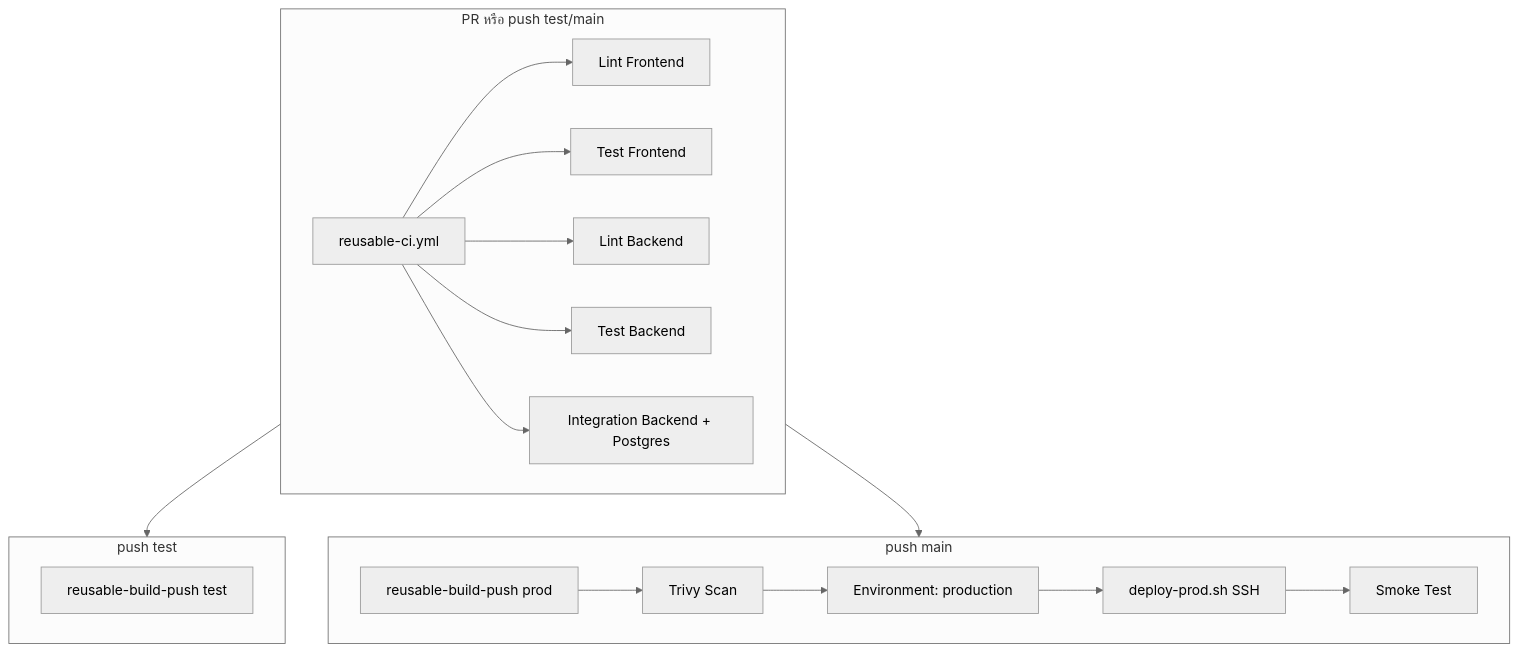
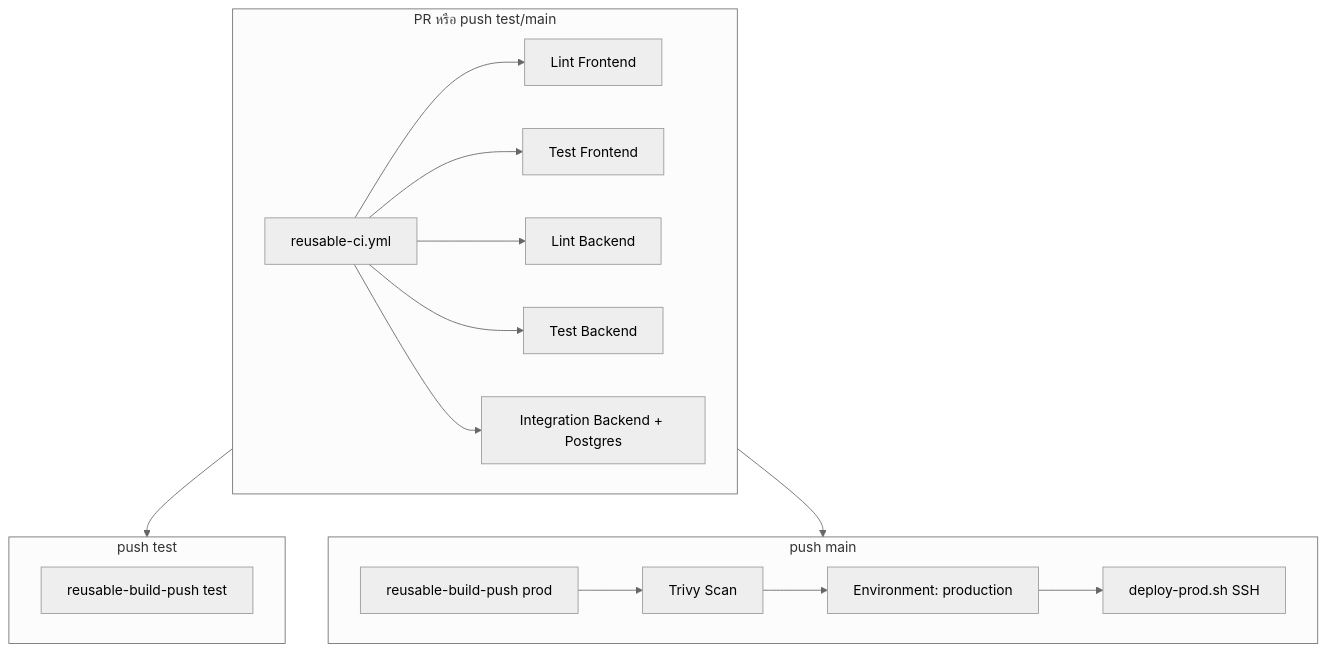
Before and after one commit to wiratatwork/-Practice-Angular_DotnetAPI: the diagram in NOTE_CICD.md, drawn with Mermaid (neutral theme). The commit also changed other lines of this file and 6 other files, not shown here.

````diff
--- a/NOTE_CICD.md
+++ b/NOTE_CICD.md
@@ -9,27 +9,26 @@
 ```mermaid
 flowchart TB
     subgraph pr [PR หรือ push test/main]
         CI[reusable-ci.yml]
         CI --> LintFE[Lint Frontend]
         CI --> TestFE[Test Frontend]
         CI --> LintBE[Lint Backend]
         CI --> TestBE[Test Backend]
         CI --> IntBE[Integration Backend + Postgres]
     end
 
     subgraph testCd [push test]
         BuildTest[reusable-build-push test]
     end
 
     subgraph prodCd [push main]
         BuildProd[reusable-build-push prod]
         Trivy[Trivy Scan]
         Approve[Environment: production]
         Deploy[deploy-prod.sh SSH]
-        Smoke[Smoke Test]
-        BuildProd --> Trivy --> Approve --> Deploy --> Smoke
+        BuildProd --> Trivy --> Approve --> Deploy
     end
 
     pr --> testCd
     pr --> prodCd
 ```
````
